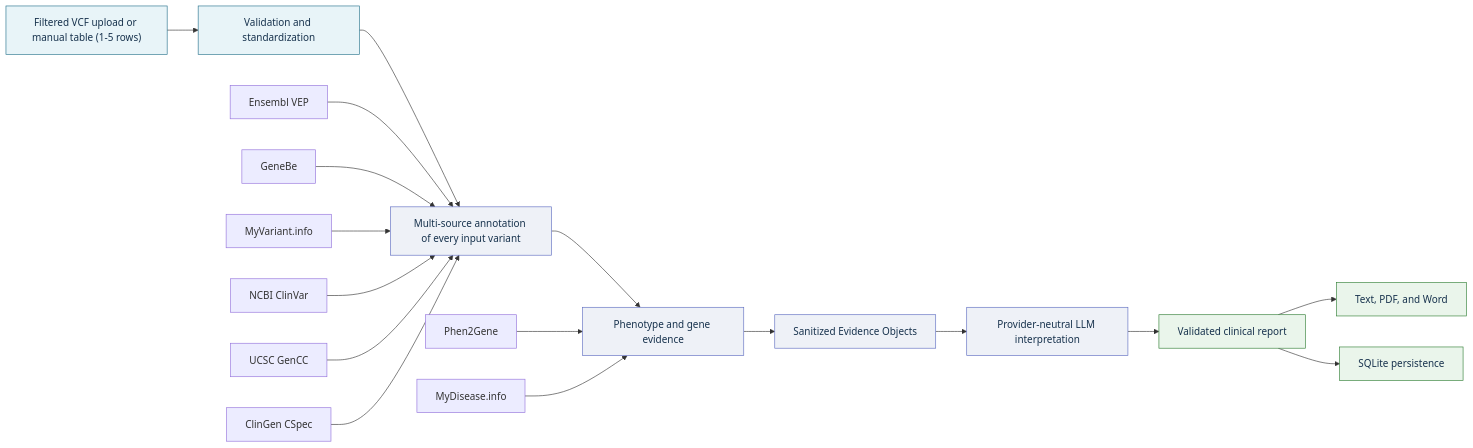
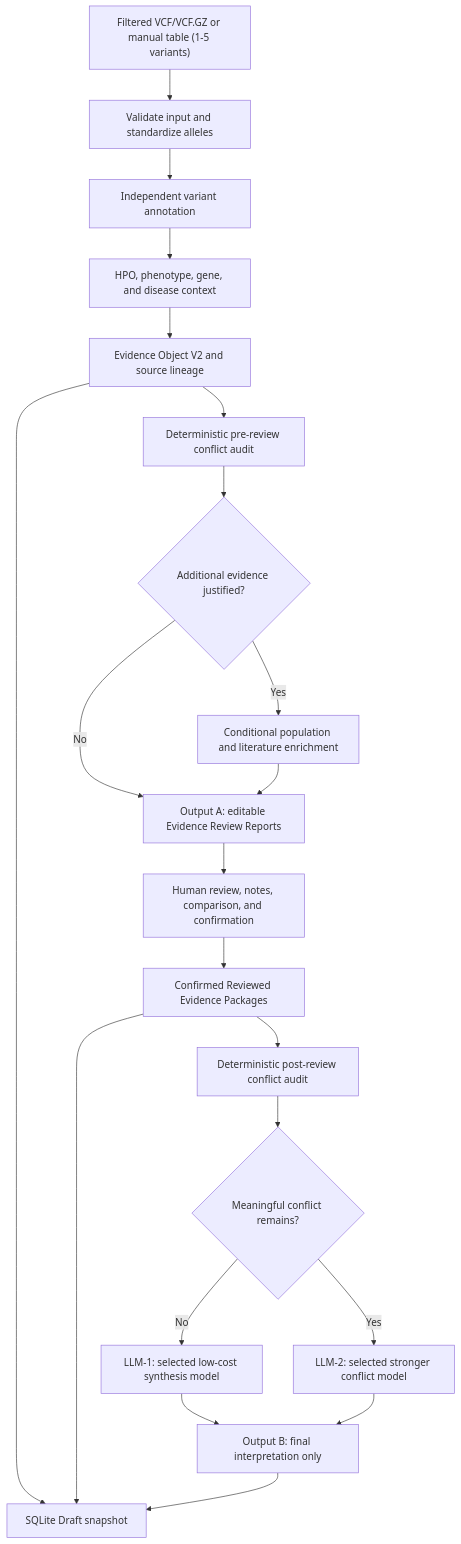
Before and after one commit to parhamKIY/CLINCAL_VARIANT_WEB_APPLICATION: the diagram in README.md, drawn with Mermaid. The commit also changed other lines of this file, not shown here.

````diff
--- a/README.md
+++ b/README.md
@@ -39,27 +49,23 @@
 ```mermaid
-flowchart LR
-    A["Filtered VCF upload or manual table (1-5 rows)"] --> B["Validation and standardization"]
-    B --> D["Multi-source annotation of every input variant"]
-    D --> E["Phenotype and gene evidence"]
-    E --> F["Sanitized Evidence Objects"]
-    F --> G["Provider-neutral LLM interpretation"]
-    G --> H["Validated clinical report"]
-    H --> I["Text, PDF, and Word"]
-    H --> J["SQLite persistence"]
-
-    D1["Ensembl VEP"] --> D
-    D2["GeneBe"] --> D
-    D3["MyVariant.info"] --> D
-    D4["NCBI ClinVar"] --> D
-    D5["UCSC GenCC"] --> D
-    D6["ClinGen CSpec"] --> D
-    E1["Phen2Gene"] --> E
-    E2["MyDisease.info"] --> E
-
-    classDef input fill:#e8f4f8,stroke:#24708a,color:#17324d
-    classDef evidence fill:#eef1f7,stroke:#5c6bc0,color:#17324d
-    classDef output fill:#eaf5eb,stroke:#2e7d32,color:#17324d
-    class A,B input
-    class D,E,F,G evidence
-    class H,I,J output
+flowchart TD
+    I["Filtered VCF/VCF.GZ or manual table (1-5 variants)"] --> V["Validate input and standardize alleles"]
+    V --> A["Independent variant annotation"]
+    A --> P["HPO, phenotype, gene, and disease context"]
+    P --> E["Evidence Object V2 and source lineage"]
+    E --> C1["Deterministic pre-review conflict audit"]
+    C1 --> X{"Additional evidence justified?"}
+    X -- Yes --> CE["Conditional population and literature enrichment"]
+    X -- No --> OA
+    CE --> OA["Output A: editable Evidence Review Reports"]
+    OA --> H["Human review, notes, comparison, and confirmation"]
+    H --> RP["Confirmed Reviewed Evidence Packages"]
+    RP --> C2["Deterministic post-review conflict audit"]
+    C2 --> R{"Meaningful conflict remains?"}
+    R -- No --> L1["LLM-1: selected low-cost synthesis model"]
+    R -- Yes --> L2["LLM-2: selected stronger conflict model"]
+    L1 --> OB["Output B: final interpretation only"]
+    L2 --> OB
+    E --> DB["SQLite Draft snapshot"]
+    RP --> DB
+    OB --> DB
 ```
````
